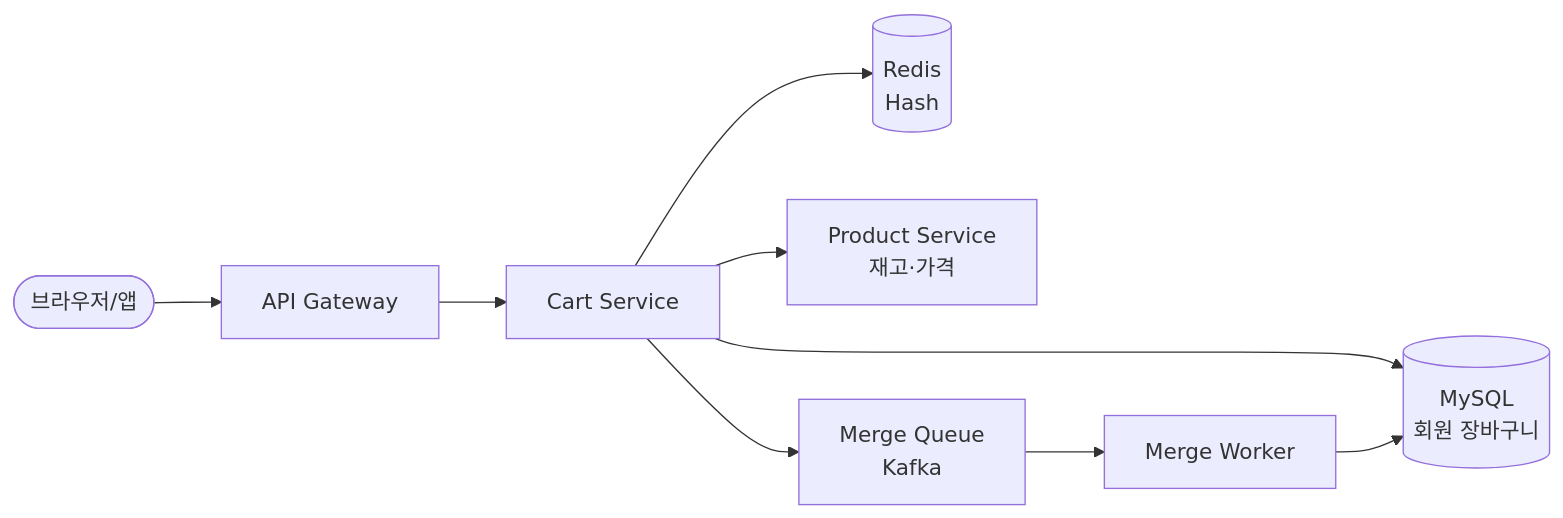
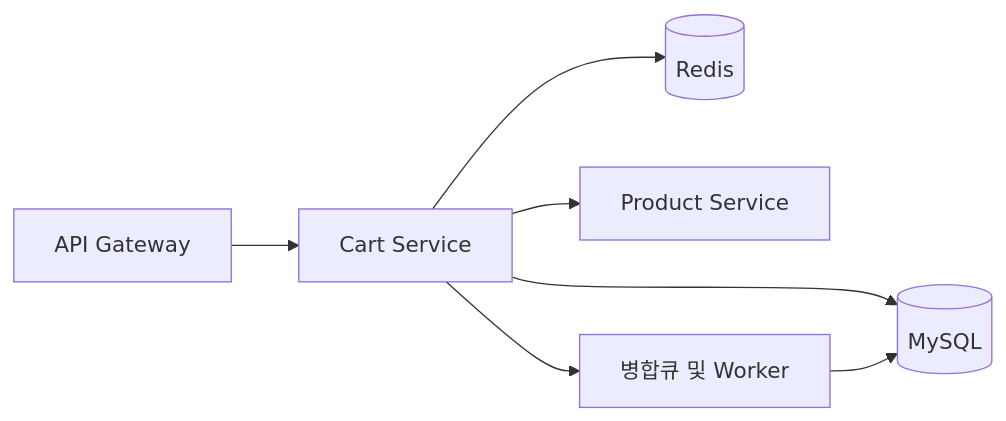
The diagram in _posts/systemdesign/2026-05-11-system-design-shopping-cart.md (yjkim2015/yjkim2015.github.io), drawn with Mermaid before and after one commit. The commit also changed other lines of this file and 9 other files, not shown here.

````diff
--- a/_posts/systemdesign/2026-05-11-system-design-shopping-cart.md
+++ b/_posts/systemdesign/2026-05-11-system-design-shopping-cart.md
@@ -128,11 +128,9 @@
 ```mermaid
 graph LR
-    Client([브라우저/앱]) --> GW[API Gateway]
-    GW --> CartSvc[Cart Service]
-    CartSvc --> Redis[(Redis\nHash)]
-    CartSvc --> MySQL[(MySQL\n회원 장바구니)]
-    CartSvc --> ProdSvc[Product Service\n재고·가격]
-    CartSvc --> MergeQ[Merge Queue\nKafka]
-    MergeQ --> MergeWorker[Merge Worker]
-    MergeWorker --> MySQL
+    GW[API Gateway] --> CartSvc[Cart Service]
+    CartSvc --> Redis[(Redis)]
+    CartSvc --> MySQL[(MySQL)]
+    CartSvc --> ProdSvc[Product Service]
+    CartSvc --> Merge[병합큐 및 Worker]
+    Merge --> MySQL
 ```
````
